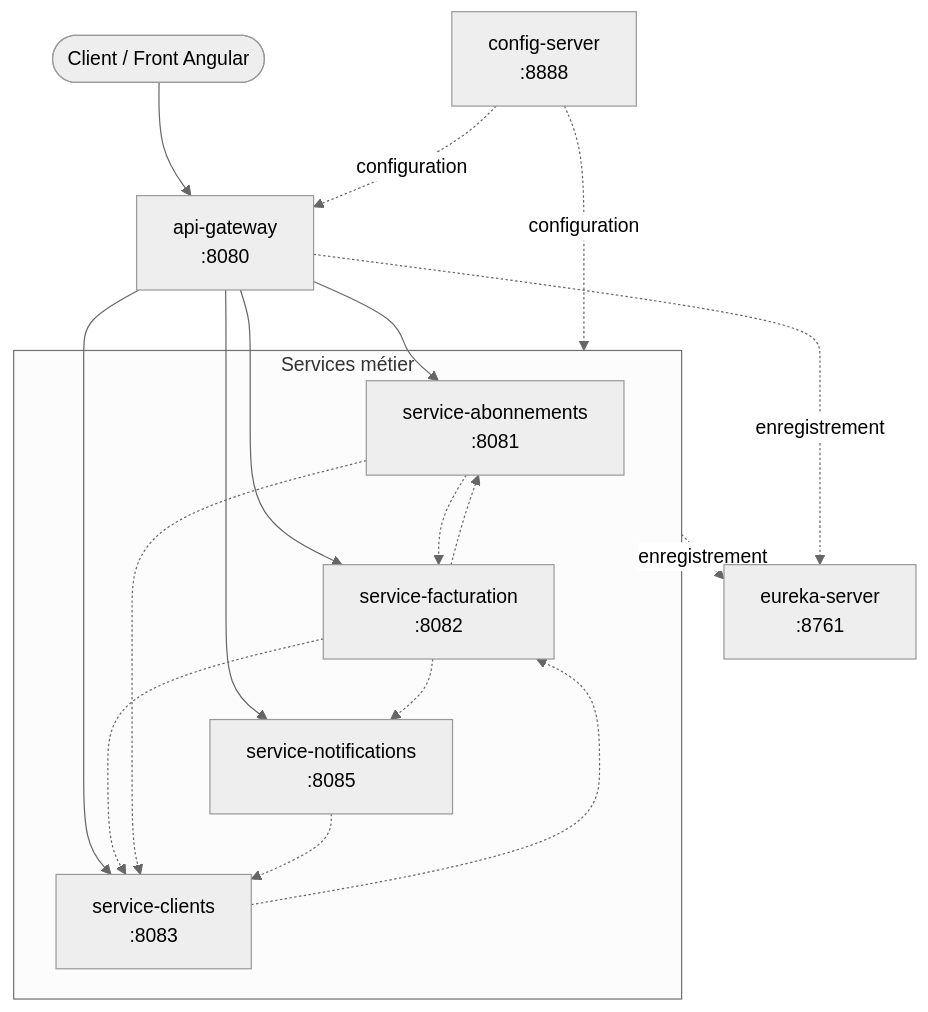
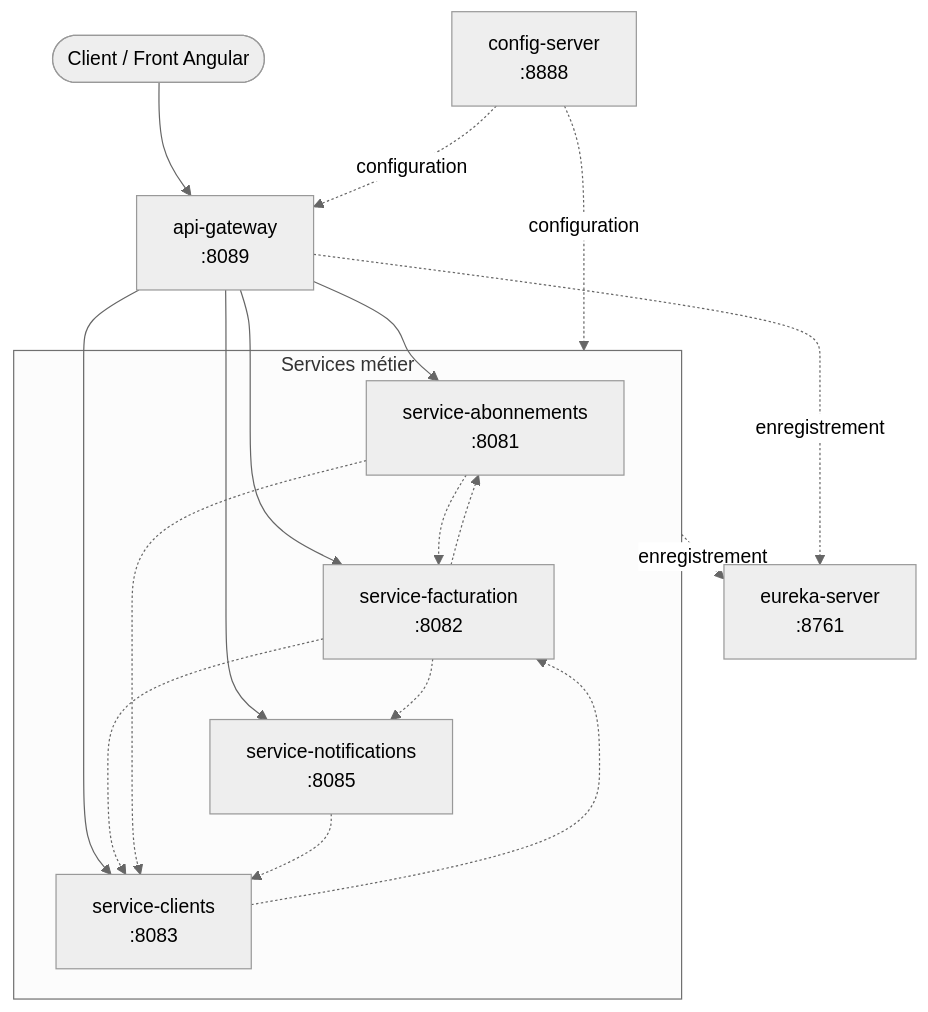
The seventh of 7 diagrams in README.md (AymenEdd/Bill-Flex), drawn with Mermaid (neutral theme) before and after one commit. The commit also changed other lines of this file and 27 other files, not shown here.

````diff
--- a/README.md
+++ b/README.md
@@ -357,34 +357,34 @@
 ```mermaid
 flowchart TB
   client(["Client / Front Angular"])
 
-  gateway["api-gateway<br/>:8080"]
+  gateway["api-gateway<br/>:8089"]
   eureka["eureka-server<br/>:8761"]
   config["config-server<br/>:8888"]
 
   subgraph metier ["Services métier"]
     abo["service-abonnements<br/>:8081"]
     fact["service-facturation<br/>:8082"]
     cli["service-clients<br/>:8083"]
     notif["service-notifications<br/>:8085"]
   end
 
   client --> gateway
   gateway --> abo
   gateway --> fact
   gateway --> cli
   gateway --> notif
 
   fact -.-> abo
   fact -.-> cli
   cli -.-> fact
   abo -.-> fact
   abo -.-> cli
   fact -.-> notif
   notif -.-> cli
 
   gateway -. enregistrement .-> eureka
   metier -. enregistrement .-> eureka
   config -. configuration .-> gateway
   config -. configuration .-> metier
 ```
````
